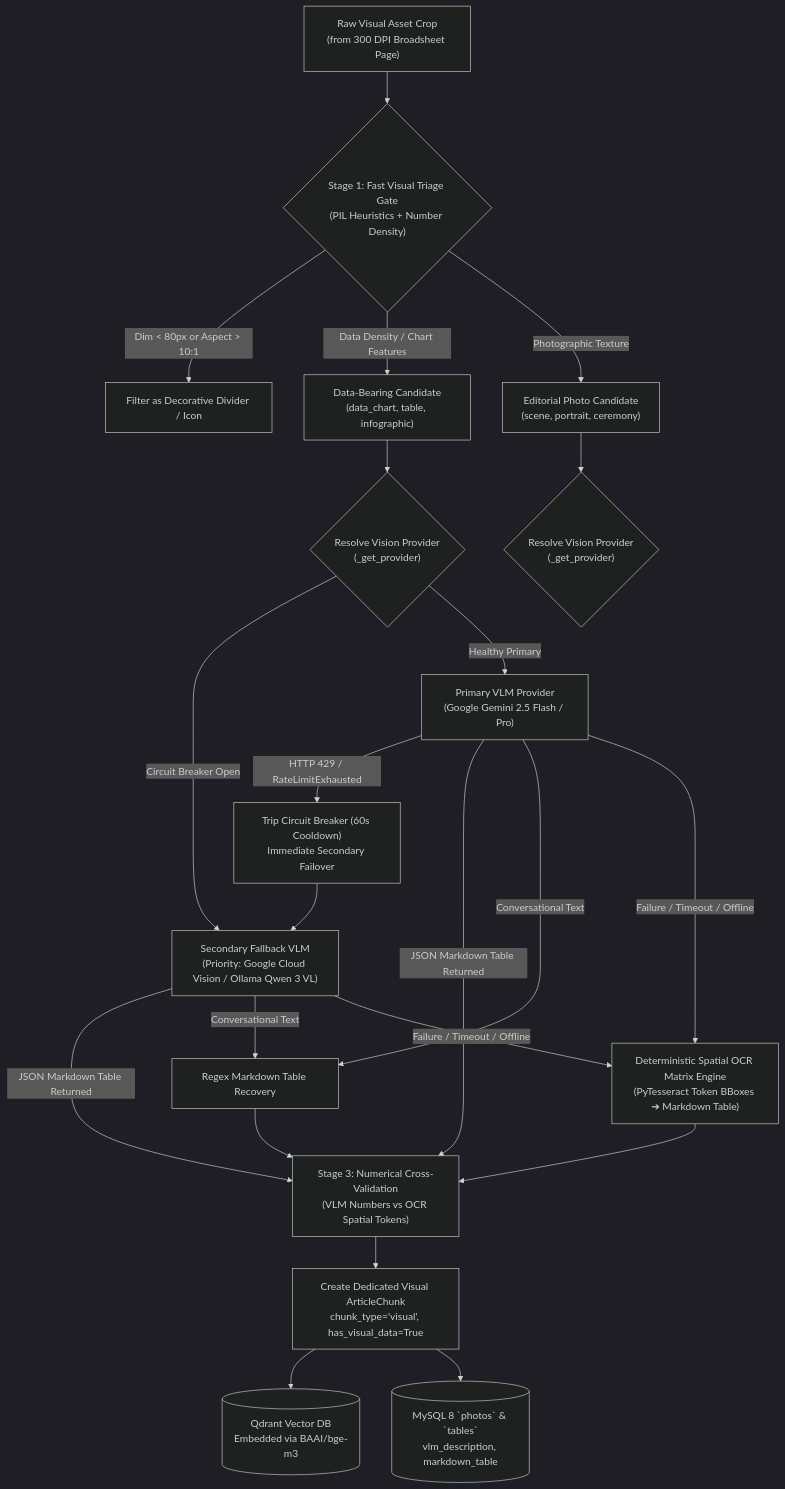
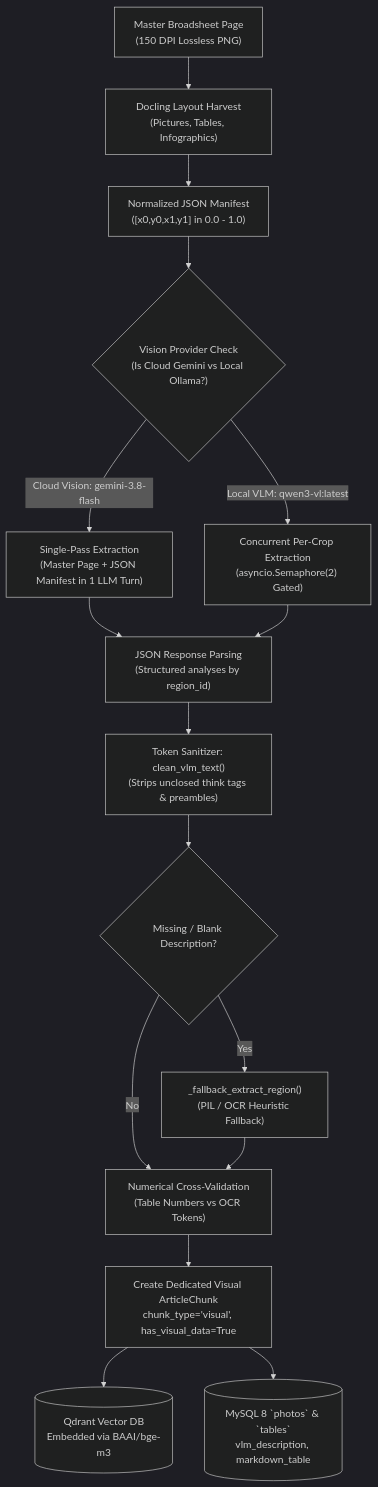
One commit to piyushgoel2808/NewsLens-AI changed the second of 9 diagrams in docs/data_flow_architecture.md. Above: the diagram before and after it, drawn with Mermaid (dark theme). The commit also changed other lines of this file and 20 other files, not shown here.

First line of the commit message:
perf(ingestion): optimize broadsheet ingestion to 150 DPI, single-pass visual extractor & layout guards

````diff
--- a/docs/data_flow_architecture.md
+++ b/docs/data_flow_architecture.md
@@ -192,28 +192,24 @@
 ```mermaid
 flowchart TD
-    AssetCrop["Raw Visual Asset Crop<br/>(from 300 DPI Broadsheet Page)"] --> Stage1{"Stage 1: Fast Visual Triage Gate<br/>(PIL Heuristics + Number Density)"}
+    MasterPage["Master Broadsheet Page<br/>(150 DPI Lossless PNG)"] --> Harvest["Docling Layout Harvest<br/>(Pictures, Tables, Infographics)"]
+    Harvest --> Manifest["Normalized JSON Manifest<br/>([x0,y0,x1,y1] in 0.0 - 1.0)"]
+
+    Manifest --> EngineRouter{"Vision Provider Check<br/>(Is Cloud Gemini vs Local Ollama?)"}
+
+    EngineRouter -->|Cloud Vision: gemini-3.8-flash| SinglePass["Single-Pass Extraction<br/>(Master Page + JSON Manifest in 1 LLM Turn)"]
+    EngineRouter -->|Local VLM: qwen3-vl:latest| ConcurrentCrops["Concurrent Per-Crop Extraction<br/>(asyncio.Semaphore(2) Gated)"]
+
+    SinglePass --> ParseResponse["JSON Response Parsing<br/>(Structured analyses by region_id)"]
+    ConcurrentCrops --> ParseResponse
+
+    ParseResponse --> CleanText["Token Sanitizer: clean_vlm_text()<br/>(Strips unclosed think tags & preambles)"]
+    CleanText --> FallbackCheck{"Missing / Blank Description?"}
     
-    Stage1 -->|"Dim < 80px or Aspect > 10:1"| Decorative["Filter as Decorative Divider / Icon"]
-    Stage1 -->|Data Density / Chart Features| DataCandidate["Data-Bearing Candidate<br/>(data_chart, table, infographic)"]
-    Stage1 -->|Photographic Texture| PhotoCandidate["Editorial Photo Candidate<br/>(scene, portrait, ceremony)"]
+    FallbackCheck -->|Yes| DeterministicFallback["_fallback_extract_region()<br/>(PIL / OCR Heuristic Fallback)"]
+    FallbackCheck -->|No| CrossValidate["Numerical Cross-Validation<br/>(Table Numbers vs OCR Tokens)"]
+    DeterministicFallback --> CrossValidate
 
-    DataCandidate --> VLM_Dispatch{"Resolve Vision Provider<br/>(_get_provider)"}
-    PhotoCandidate --> VLM_Photo_Dispatch{"Resolve Vision Provider<br/>(_get_provider)"}
-
-    VLM_Dispatch -->|Circuit Breaker Open| SecondaryVLM["Secondary Fallback VLM<br/>(Priority: Google Cloud Vision / Ollama Qwen 3 VL)"]
-    VLM_Dispatch -->|Healthy Primary| PrimaryVLM["Primary VLM Provider<br/>(Google Gemini 2.5 Flash / Pro)"]
-
-    PrimaryVLM -->|HTTP 429 / RateLimitExhausted| TripBreaker["Trip Circuit Breaker (60s Cooldown)<br/>Immediate Secondary Failover"]
-    TripBreaker --> SecondaryVLM
-
-    PrimaryVLM & SecondaryVLM -->|JSON Markdown Table Returned| Stage3["Stage 3: Numerical Cross-Validation<br/>(VLM Numbers vs OCR Spatial Tokens)"]
-    PrimaryVLM & SecondaryVLM -->|Conversational Text| RegexRecovery["Regex Markdown Table Recovery"]
-    RegexRecovery --> Stage3
-
-    PrimaryVLM & SecondaryVLM -->|Failure / Timeout / Offline| SpatialOCR["Deterministic Spatial OCR Matrix Engine<br/>(PyTesseract Token BBoxes ➔ Markdown Table)"]
-    SpatialOCR --> Stage3
-
-    Stage3 --> VisualChunk["Create Dedicated Visual ArticleChunk<br/>chunk_type='visual', has_visual_data=True"]
+    CrossValidate --> VisualChunk["Create Dedicated Visual ArticleChunk<br/>chunk_type='visual', has_visual_data=True"]
     VisualChunk --> QdrantIndex[("Qdrant Vector DB<br/>Embedded via BAAI/bge-m3")]
     VisualChunk --> MySQLIndex[("MySQL 8 `photos` & `tables`<br/>vlm_description, markdown_table")]
 ```
````
